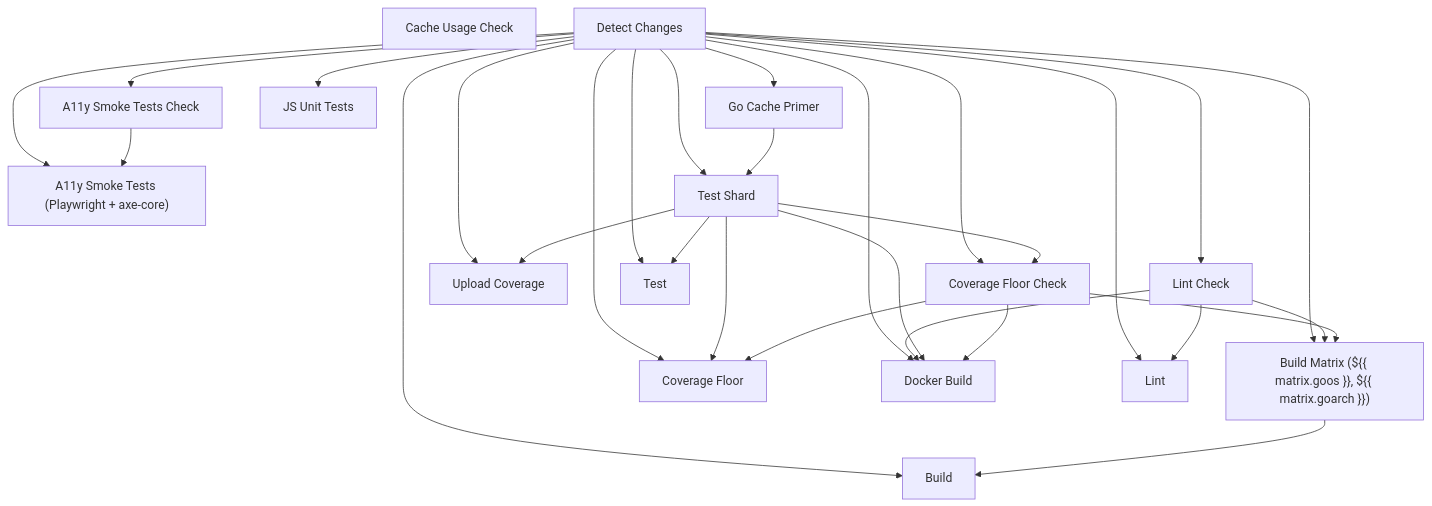
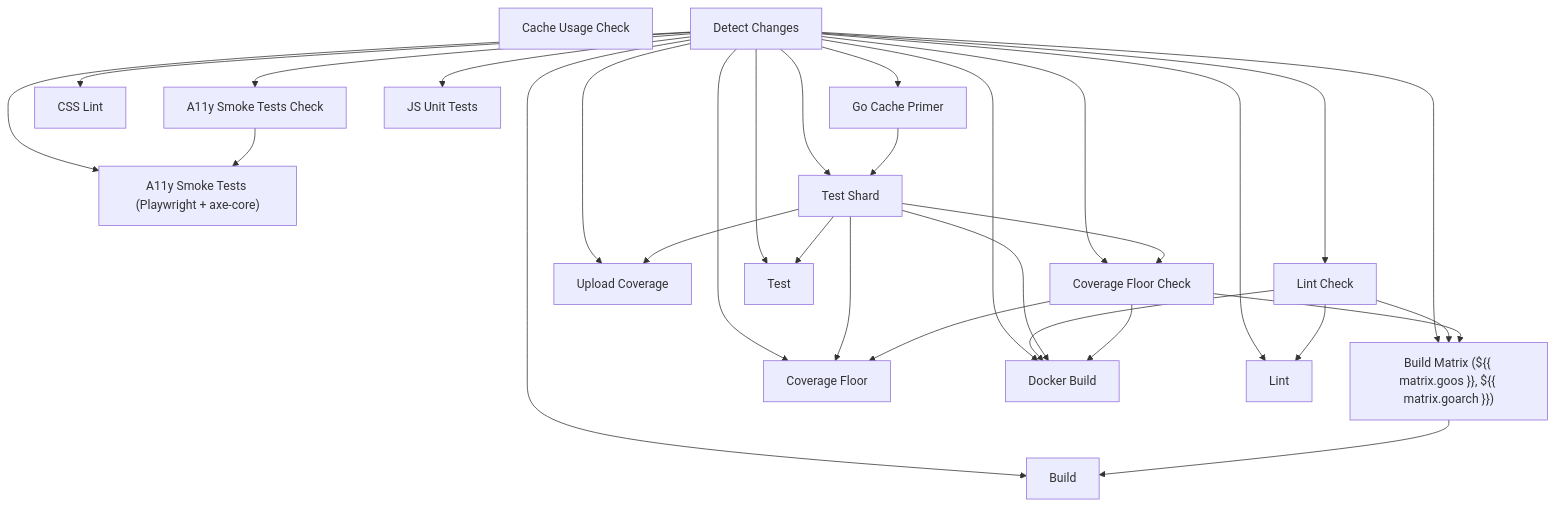
One commit to sydlexius/stillwater changed the diagram in docs/_generated/ci-reference.md. Above: the diagram before and after it, drawn with Mermaid. The commit also changed 6 other files, not shown here.

````diff
--- a/docs/_generated/ci-reference.md
+++ b/docs/_generated/ci-reference.md
@@ -9,48 +9,50 @@
 ```mermaid
 flowchart TD
     a11y_summary["A11y Smoke Tests (Playwright + axe-core)"]
     a11y_test["A11y Smoke Tests Check"]
     build["Build"]
     build_matrix["Build Matrix (${{ matrix.goos }}, ${{ matrix.goarch }})"]
     cache_usage["Cache Usage Check"]
     changes["Detect Changes"]
     coverage_floor["Coverage Floor Check"]
     coverage_floor_summary["Coverage Floor"]
     coverage_upload["Upload Coverage"]
+    css_lint["CSS Lint"]
     docker["Docker Build"]
     go_cache_primer["Go Cache Primer"]
     js_test["JS Unit Tests"]
     lint["Lint Check"]
     lint_summary["Lint"]
     test["Test Shard"]
     test_summary["Test"]
 
     changes --> a11y_summary
     a11y_test --> a11y_summary
     changes --> a11y_test
     changes --> build
     build_matrix --> build
     changes --> build_matrix
     lint --> build_matrix
     coverage_floor --> build_matrix
     changes --> coverage_floor
     test --> coverage_floor
     changes --> coverage_floor_summary
     test --> coverage_floor_summary
     coverage_floor --> coverage_floor_summary
     changes --> coverage_upload
     test --> coverage_upload
+    changes --> css_lint
     changes --> docker
     lint --> docker
     test --> docker
     coverage_floor --> docker
     changes --> go_cache_primer
     changes --> js_test
     changes --> lint
     changes --> lint_summary
     lint --> lint_summary
     changes --> test
     go_cache_primer --> test
     changes --> test_summary
     test --> test_summary
 ```
````
